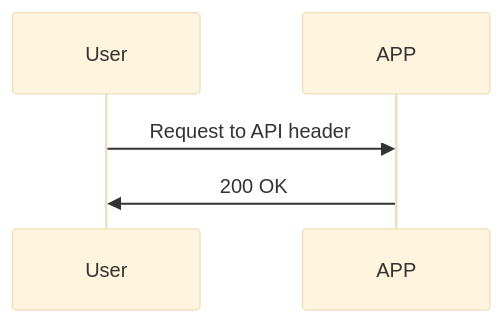
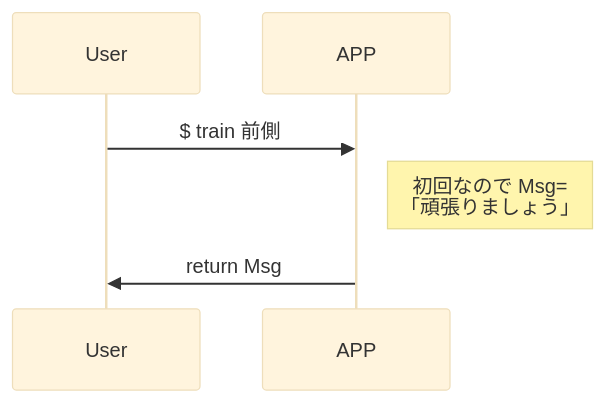
Before and after one commit to lamplusoka/train_Muscle: the first of 2 diagrams in flow.md, drawn with Mermaid (base theme). The commit also changed other lines of this file, not shown here.

Commit message:
flow.md updated from https://stackedit.io/

````diff
--- a/flow.md
+++ b/flow.md
@@ -4,6 +4,7 @@
 ```mermaid
 sequenceDiagram
-User->> APP: Request to API header
-APP->> User: 200 OK
+User->> APP: $ train 前側
+Note right of APP:初回なので Msg=<br>「頑張りましょう」
+APP->> User: return Msg
 
 ```
````
